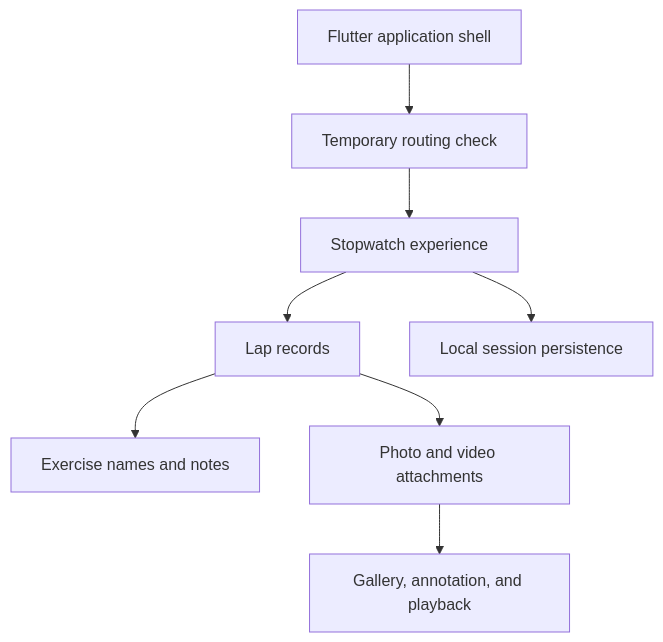
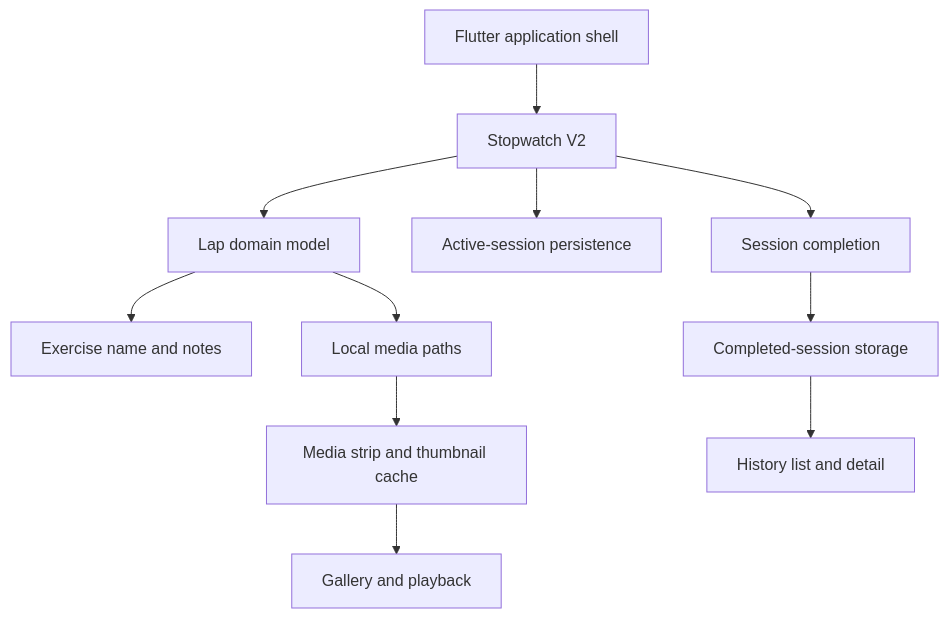
The diagram in docs/technical-overview.md (oscarlock/interball-showcase), drawn with Mermaid before and after one commit. The commit also changed other lines of this file and 9 other files, not shown here.

````diff
--- a/docs/technical-overview.md
+++ b/docs/technical-overview.md
@@ -7,10 +16,13 @@
 ```mermaid
 flowchart TD
-    A[Flutter application shell] --> B[Temporary routing check]
-    B --> C[Stopwatch experience]
-    C --> D[Lap records]
-    D --> E[Exercise names and notes]
-    D --> F[Photo and video attachments]
-    C --> G[Local session persistence]
-    F --> H[Gallery, annotation, and playback]
+    A[Flutter application shell] --> B[Stopwatch V2]
+    B --> C[Lap domain model]
+    C --> D[Exercise name and notes]
+    C --> E[Local media paths]
+    B --> F[Active-session persistence]
+    E --> G[Media strip and thumbnail cache]
+    G --> H[Gallery and playback]
+    B --> I[Session completion]
+    I --> J[Completed-session storage]
+    J --> K[History list and detail]
 ```
````
